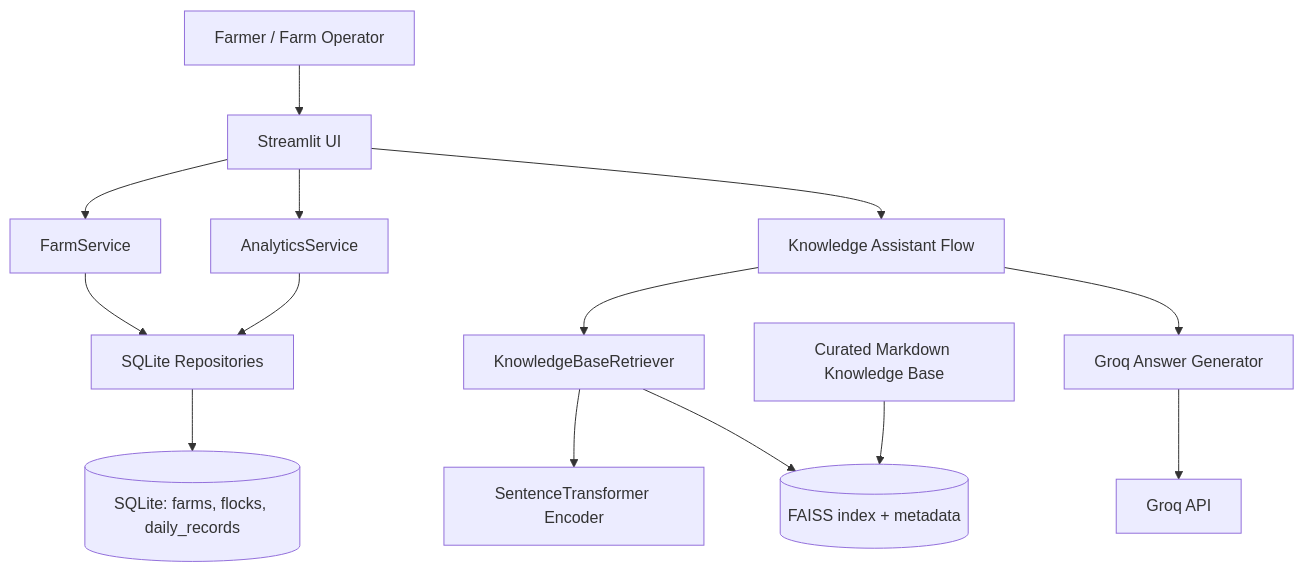
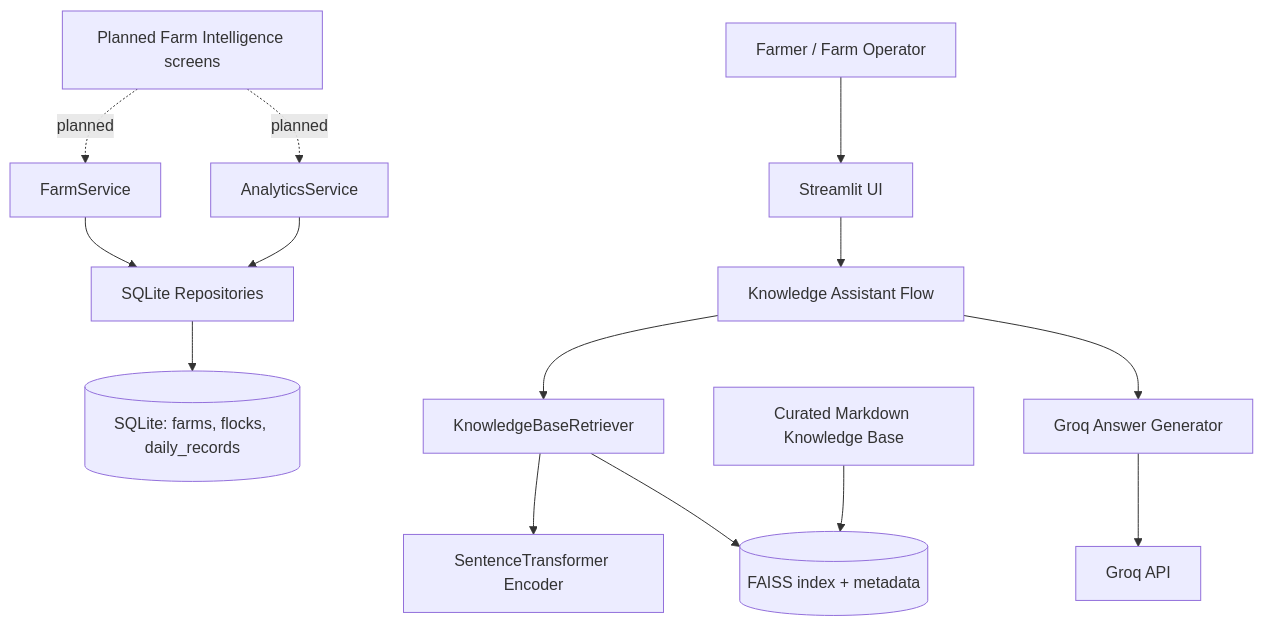
One commit to zulyadainimuhammad/poultryguard-ai changed the diagram in README.md. Above: the diagram before and after it, drawn with Mermaid. The commit also changed other lines of this file, not shown here.

````diff
--- a/README.md
+++ b/README.md
@@ -42,16 +42,16 @@
 ```mermaid
 flowchart TD
     U[Farmer / Farm Operator] --> UI[Streamlit UI]
-    UI --> FS[FarmService]
-    UI --> AN[AnalyticsService]
     UI --> AG[Knowledge Assistant Flow]
+    FUTURE[Planned Farm Intelligence screens] -. planned .-> FS[FarmService]
+    FUTURE -. planned .-> AN[AnalyticsService]
     FS --> REPO[SQLite Repositories]
     AN --> REPO
     REPO --> DB[(SQLite: farms, flocks, daily_records)]
     AG --> RET[KnowledgeBaseRetriever]
     RET --> ENC[SentenceTransformer Encoder]
     RET --> IDX[(FAISS index + metadata)]
     AG --> GEN[Groq Answer Generator]
     GEN --> API[Groq API]
     KB[Curated Markdown Knowledge Base] --> IDX
 ```
````
